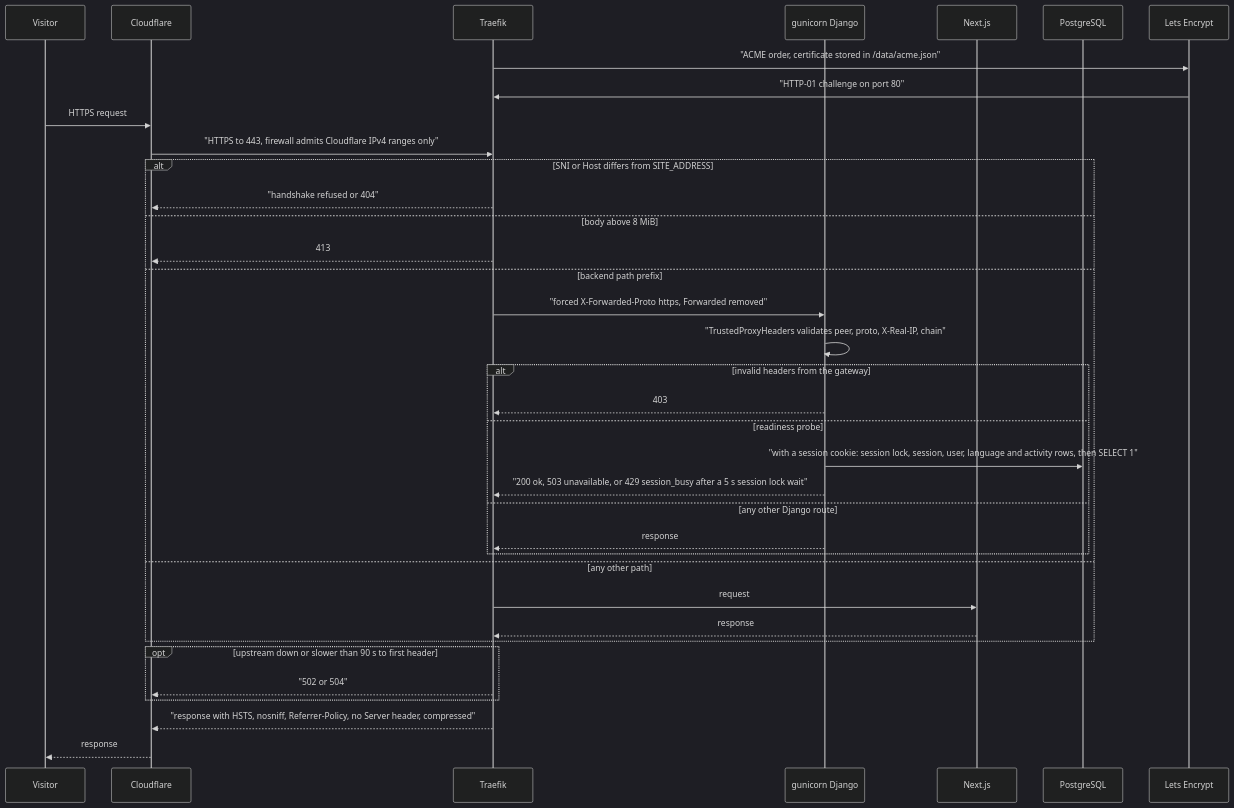
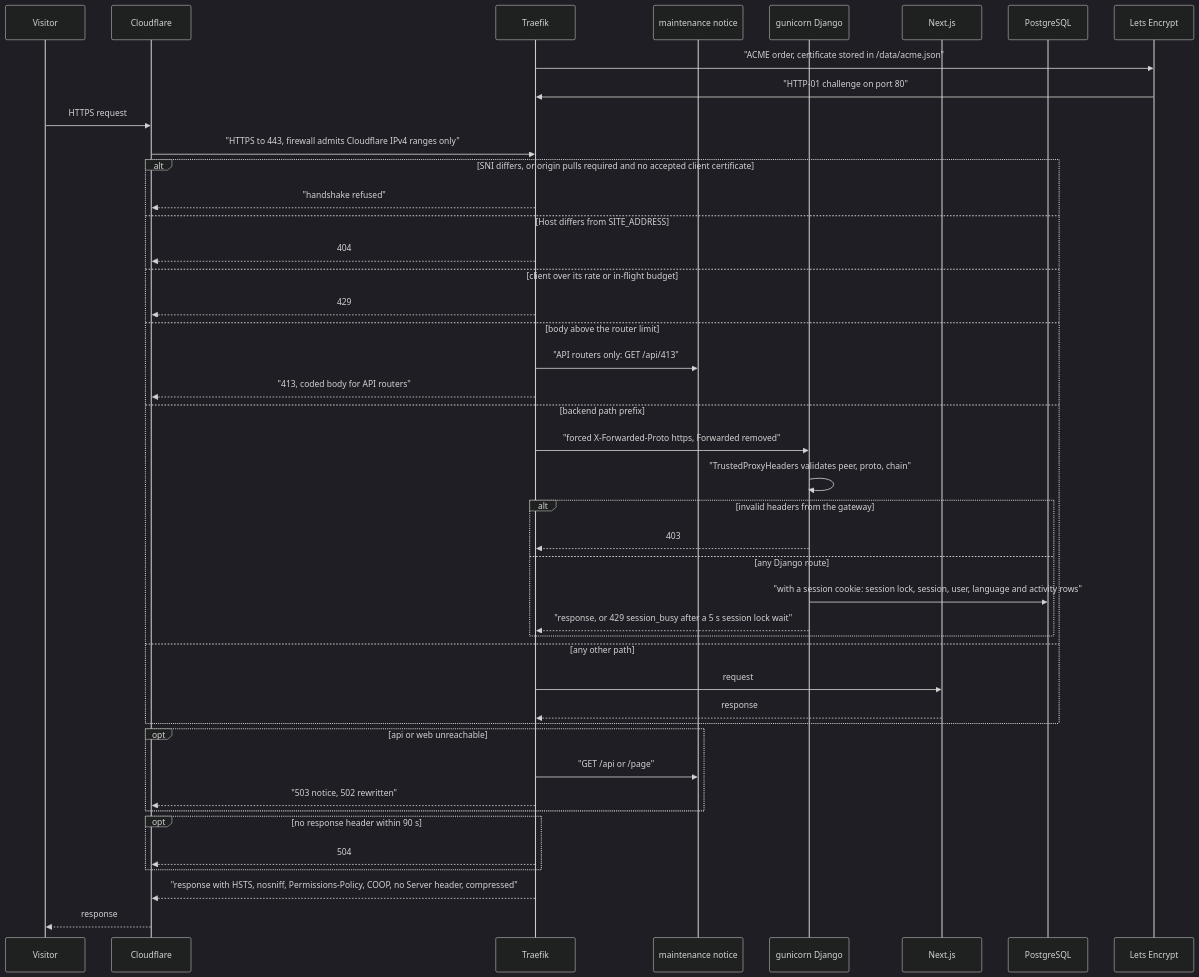
One commit to erkurtharun/pyracast changed the diagram in docs/flows/edge-gateway-and-tls.md. Above: the diagram before and after it, drawn with Mermaid (dark theme). The commit also changed other lines of this file and 85 other files, not shown here.

First line of the commit message:
Bring the flow pages in line with the code (#107)

````diff
--- a/docs/flows/edge-gateway-and-tls.md
+++ b/docs/flows/edge-gateway-and-tls.md
@@ -16,38 +17,46 @@
 ```mermaid
 sequenceDiagram
     participant V as Visitor
     participant CF as Cloudflare
     participant GW as Traefik
+    participant NT as maintenance notice
     participant API as gunicorn Django
     participant WEB as Next.js
     participant DB as PostgreSQL
     participant LE as Lets Encrypt
     GW->>LE: "ACME order, certificate stored in /data/acme.json"
     LE->>GW: "HTTP-01 challenge on port 80"
     V->>CF: HTTPS request
     CF->>GW: "HTTPS to 443, firewall admits Cloudflare IPv4 ranges only"
-    alt SNI or Host differs from SITE_ADDRESS
-        GW-->>CF: "handshake refused or 404"
-    else body above 8 MiB
-        GW-->>CF: 413
+    alt SNI differs, or origin pulls required and no accepted client certificate
+        GW-->>CF: "handshake refused"
+    else Host differs from SITE_ADDRESS
+        GW-->>CF: 404
+    else client over its rate or in-flight budget
+        GW-->>CF: 429
+    else body above the router limit
+        GW->>NT: "API routers only: GET /api/413"
+        GW-->>CF: "413, coded body for API routers"
     else backend path prefix
         GW->>API: "forced X-Forwarded-Proto https, Forwarded removed"
-        API->>API: "TrustedProxyHeaders validates peer, proto, X-Real-IP, chain"
+        API->>API: "TrustedProxyHeaders validates peer, proto, chain"
         alt invalid headers from the gateway
             API-->>GW: 403
-        else readiness probe
-            API->>DB: "with a session cookie: session lock, session, user, language and activity rows, then SELECT 1"
-            API-->>GW: "200 ok, 503 unavailable, or 429 session_busy after a 5 s session lock wait"
-        else any other Django route
-            API-->>GW: response
+        else any Django route
+            API->>DB: "with a session cookie: session lock, session, user, language and activity rows"
+            API-->>GW: "response, or 429 session_busy after a 5 s session lock wait"
         end
     else any other path
         GW->>WEB: request
         WEB-->>GW: response
     end
-    opt upstream down or slower than 90 s to first header
-        GW-->>CF: "502 or 504"
+    opt api or web unreachable
+        GW->>NT: "GET /api or /page"
+        GW-->>CF: "503 notice, 502 rewritten"
     end
-    GW-->>CF: "response with HSTS, nosniff, Referrer-Policy, no Server header, compressed"
+    opt no response header within 90 s
+        GW-->>CF: 504
+    end
+    GW-->>CF: "response with HSTS, nosniff, Permissions-Policy, COOP, no Server header, compressed"
     CF-->>V: response
 ```
````
